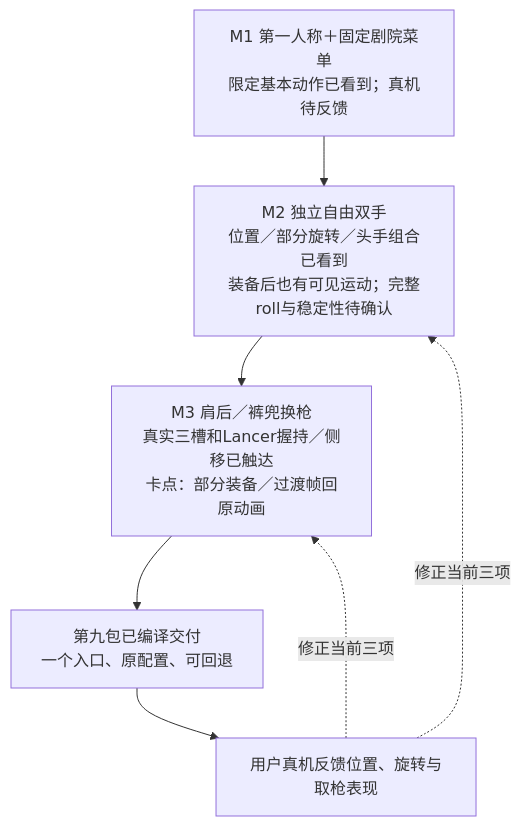
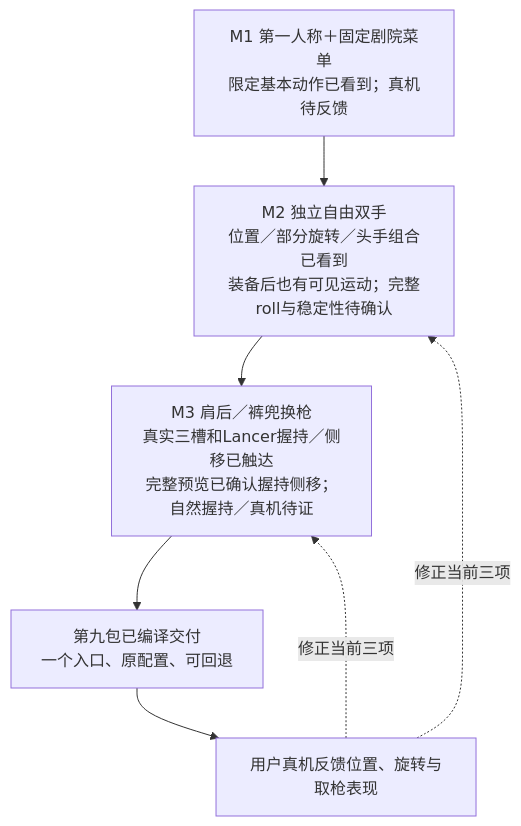
The first of 2 diagrams in docs/6dof-progress-dashboard.md (gjc9620/gears-vr), drawn with Mermaid before and after one commit. The commit also changed other lines of this file and 1 other file, not shown here.

````diff
--- a/docs/6dof-progress-dashboard.md
+++ b/docs/6dof-progress-dashboard.md
@@ -14,8 +14,8 @@
 ```mermaid
 flowchart TD
  A["M1 第一人称＋固定剧院菜单<br/>限定基本动作已看到；真机待反馈"] --> B["M2 独立自由双手<br/>位置／部分旋转／头手组合已看到<br/>装备后也有可见运动；完整roll与稳定性待确认"]
- B --> C["M3 肩后／裤兜换枪<br/>真实三槽和Lancer握持／侧移已触达<br/>卡点：部分装备／过渡帧回原动画"]
+ B --> C["M3 肩后／裤兜换枪<br/>真实三槽和Lancer握持／侧移已触达<br/>完整预览已确认握持侧移；自然握持／真机待证"]
  C --> P["第九包已编译交付<br/>一个入口、原配置、可回退"] --> H["用户真机反馈位置、旋转与取枪表现"]
  H -.修正当前三项.-> B
  H -.修正当前三项.-> C
 ```
````
